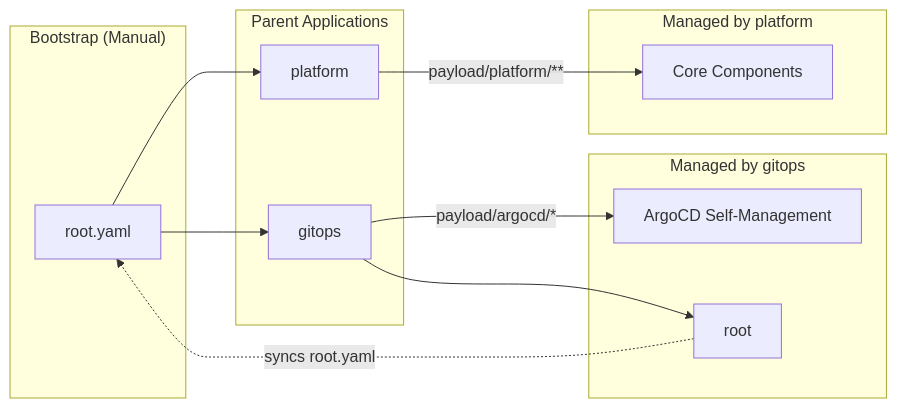
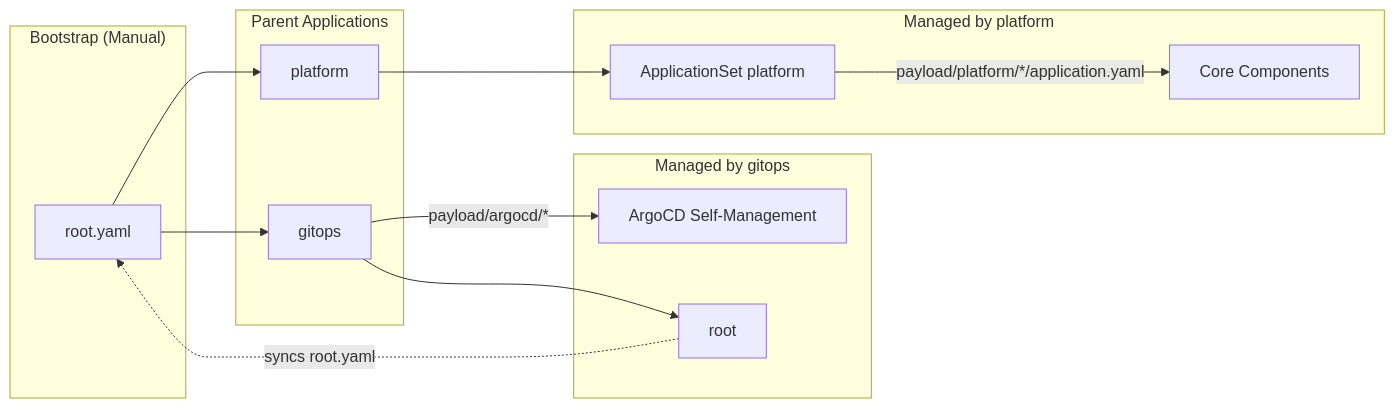
The first of 2 diagrams in docs/architecture/gitops.md (JanWelker/homelab), drawn with Mermaid before and after one commit. The commit also changed other lines of this file and 57 other files, not shown here.

````diff
--- a/docs/architecture/gitops.md
+++ b/docs/architecture/gitops.md
@@ -36,21 +56,22 @@
 ```mermaid
 flowchart LR
     subgraph "Bootstrap (Manual)"
         RA[root.yaml]
     end
 
     subgraph "Parent Applications"
         RA --> PL[platform]
         RA --> GO[gitops]
     end
 
     subgraph "Managed by platform"
-        PL --> |"payload/platform/**"| INFRA[Core Components]
+        PL --> AS[ApplicationSet platform]
+        AS --> |"payload/platform/*/application.yaml"| INFRA[Core Components]
     end
 
     subgraph "Managed by gitops"
         GO --> |"payload/argocd/*"| ARGO[ArgoCD Self-Management]
         GO --> RT[root]
         RT -. "syncs root.yaml" .-> RA
     end
 ```
````
